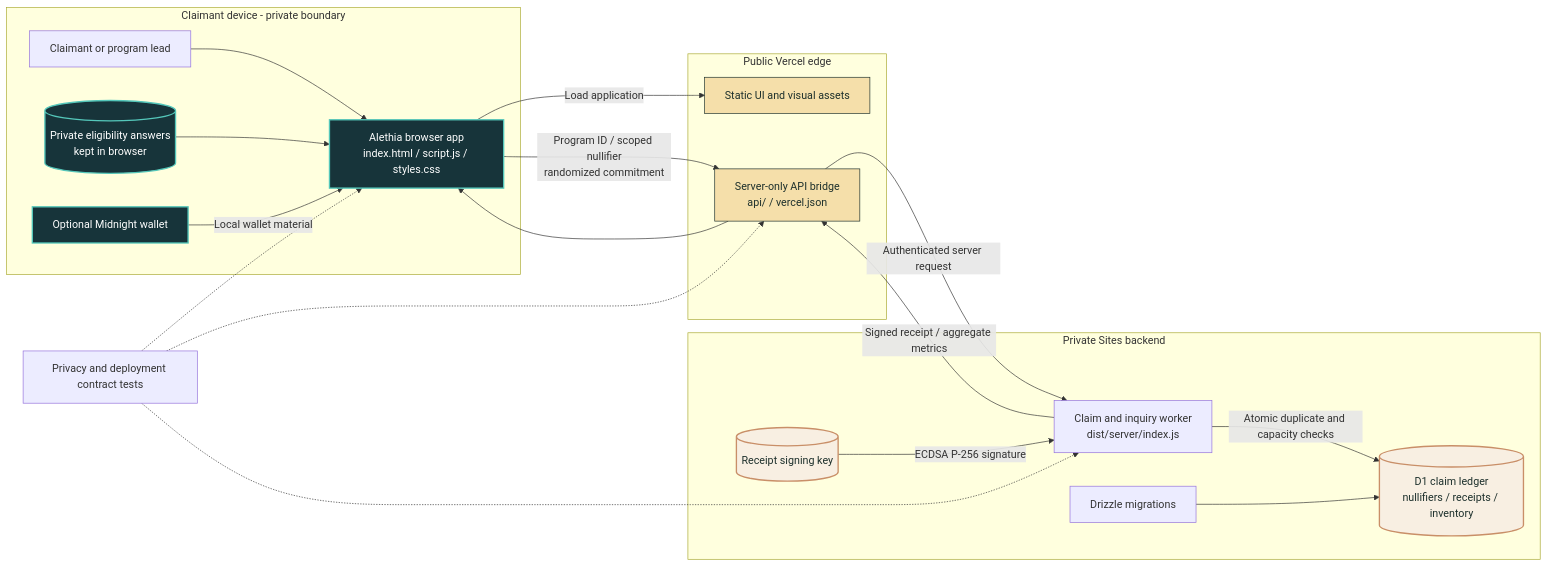
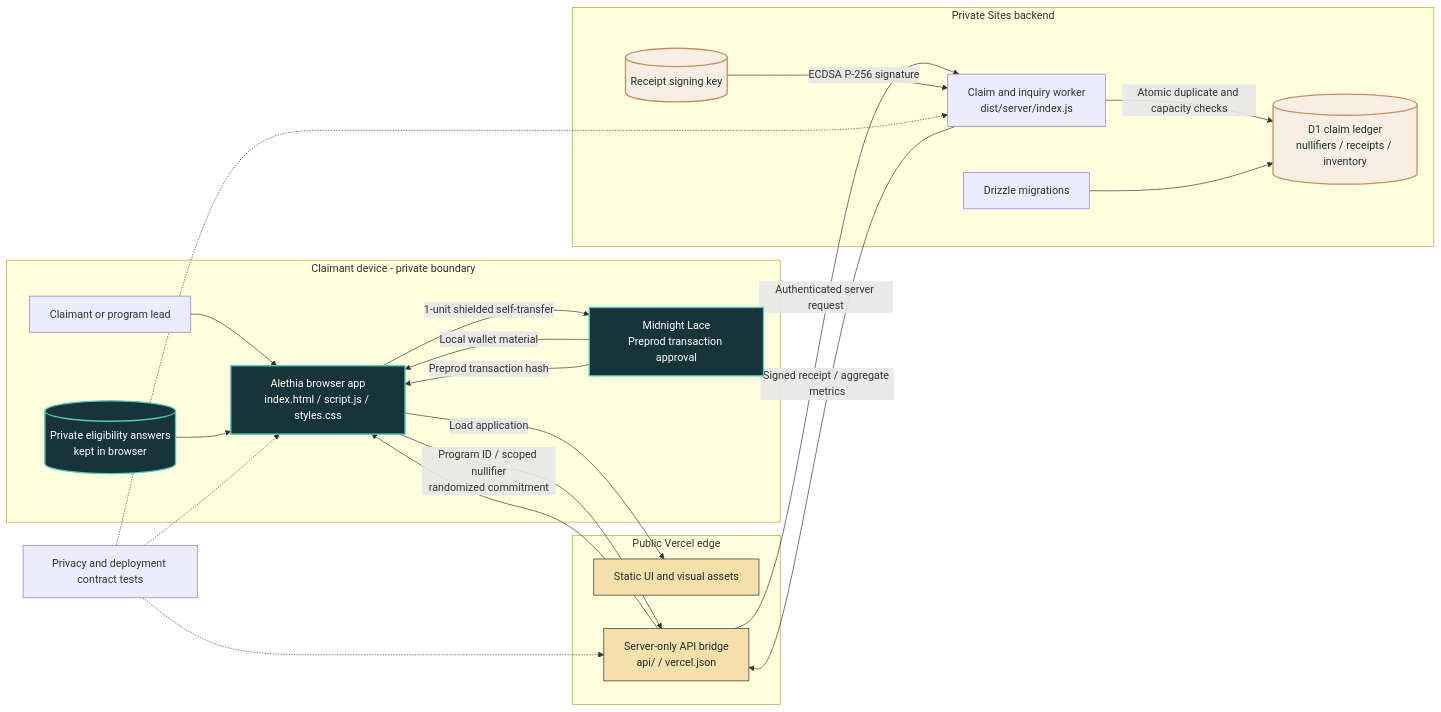
One commit to 0xNexuz/aletheia changed the diagram in README.md. Above: the diagram before and after it, drawn with Mermaid. The commit also changed other lines of this file and 10 other files, not shown here.

First line of the commit message:
Add Midnight Preprod transaction receipts (#3)

````diff
--- a/README.md
+++ b/README.md
@@ -65,45 +68,47 @@
 ```mermaid
 flowchart LR
     subgraph Device["Claimant device - private boundary"]
         Person["Claimant or program lead"]
         Browser["Alethia browser app<br/>index.html / script.js / styles.css"]
         Inputs[("Private eligibility answers<br/>kept in browser")]
-        Wallet["Optional Midnight wallet"]
+        Wallet["Midnight Lace<br/>Preprod transaction approval"]
 
         Person --> Browser
         Inputs --> Browser
         Wallet -->|"Local wallet material"| Browser
     end
 
     subgraph Public["Public Vercel edge"]
         UI["Static UI and visual assets"]
         Bridge["Server-only API bridge<br/>api/ / vercel.json"]
     end
 
     subgraph Private["Private Sites backend"]
         Worker["Claim and inquiry worker<br/>dist/server/index.js"]
         Ledger[("D1 claim ledger<br/>nullifiers / receipts / inventory")]
         Keys[("Receipt signing key")]
         Migrations["Drizzle migrations"]
     end
 
     Browser -->|"Load application"| UI
     Browser -->|"Program ID / scoped nullifier<br/>randomized commitment"| Bridge
     Bridge -->|"Authenticated server request"| Worker
     Worker -->|"Atomic duplicate and capacity checks"| Ledger
     Keys -->|"ECDSA P-256 signature"| Worker
     Migrations --> Ledger
     Worker -->|"Signed receipt / aggregate metrics"| Bridge
     Bridge --> Browser
+    Browser -->|"1-unit shielded self-transfer"| Wallet
+    Wallet -->|"Preprod transaction hash"| Browser
 
     Tests["Privacy and deployment contract tests"] -.-> Browser
     Tests -.-> Bridge
     Tests -.-> Worker
 
     classDef private fill:#17343a,color:#fff,stroke:#54c7ba,stroke-width:2px;
     classDef public fill:#f5dfaa,color:#1d302c,stroke:#1d302c,stroke-width:1px;
     classDef data fill:#f8efe2,color:#1d302c,stroke:#c98f68,stroke-width:2px;
     class Browser,Inputs,Wallet private;
     class UI,Bridge public;
     class Ledger,Keys data;
 ```
````
